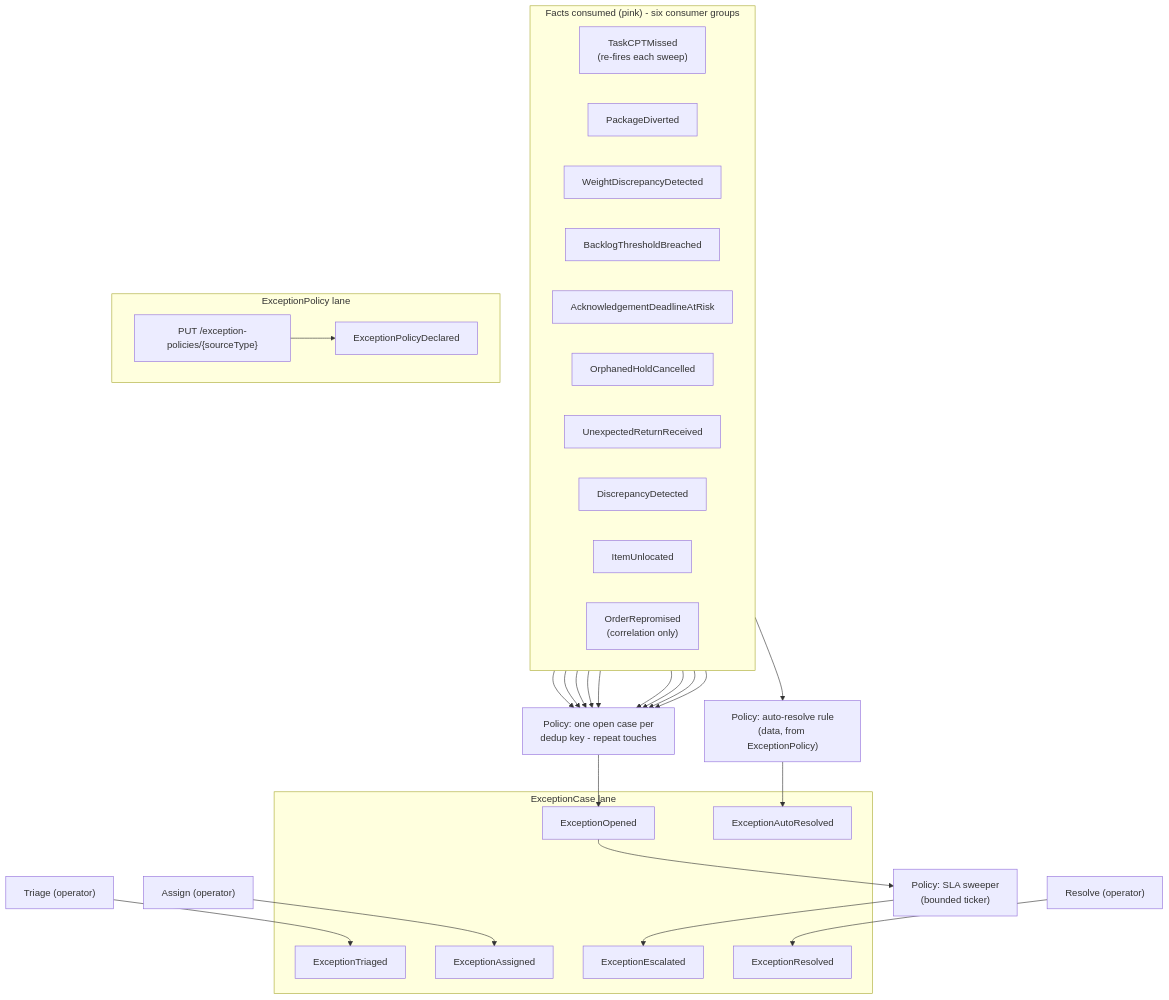
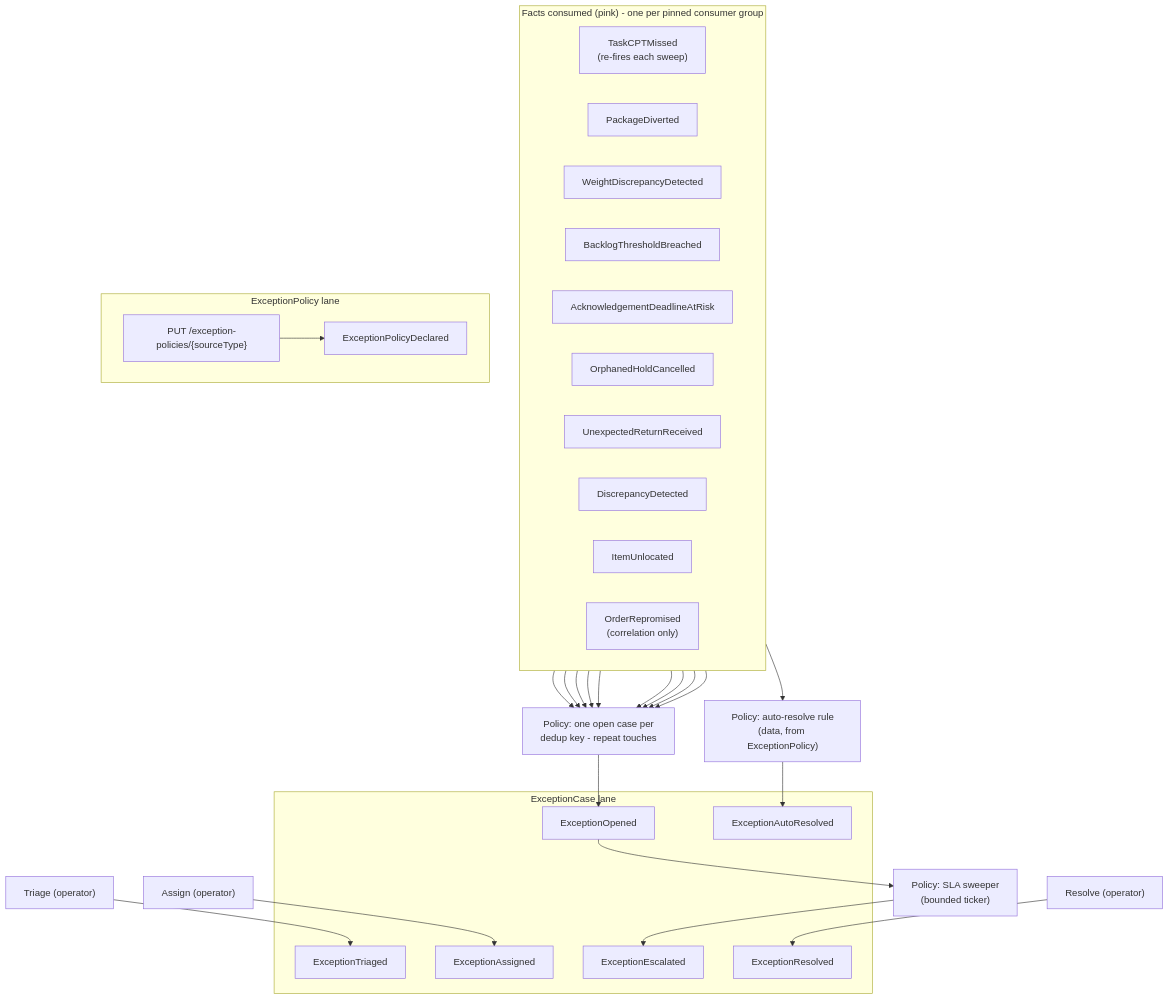
One commit to IQVO/exception-management changed the diagram in docs/docs/ddd/eventstorming.md. Above: the diagram before and after it, drawn with Mermaid. The commit also changed 20 other files, not shown here.

````diff
--- a/docs/docs/ddd/eventstorming.md
+++ b/docs/docs/ddd/eventstorming.md
@@ -16,57 +16,57 @@
 ```mermaid
 flowchart TB
-    subgraph SOURCES["Facts consumed (pink) - six consumer groups"]
+    subgraph SOURCES["Facts consumed (pink) - one per pinned consumer group"]
         direction LR
         F1["TaskCPTMissed<br/>(re-fires each sweep)"]
         F2["PackageDiverted"]
         F3["WeightDiscrepancyDetected"]
         F4["BacklogThresholdBreached"]
         F5["AcknowledgementDeadlineAtRisk"]
         F6["OrphanedHoldCancelled"]
         F7["UnexpectedReturnReceived"]
         F8["DiscrepancyDetected"]
         F9["ItemUnlocated"]
         R1["OrderRepromised<br/>(correlation only)"]
     end
 
     P1["Policy: one open case per<br/>dedup key - repeat touches"]
     P2["Policy: SLA sweeper<br/>(bounded ticker)"]
     P3["Policy: auto-resolve rule<br/>(data, from ExceptionPolicy)"]
 
     subgraph CASELANE["ExceptionCase lane"]
         E1["ExceptionOpened"]
         E2["ExceptionTriaged"]
         E3["ExceptionAssigned"]
         E4["ExceptionEscalated"]
         E5["ExceptionResolved"]
         E6["ExceptionAutoResolved"]
     end
 
     subgraph POLLANE["ExceptionPolicy lane"]
         C1["PUT /exception-policies/{sourceType}"]
         E7["ExceptionPolicyDeclared"]
     end
 
     T1["Triage (operator)"]
     T2["Assign (operator)"]
     T3["Resolve (operator)"]
 
     F1 --> P1
     F2 --> P1
     F3 --> P1
     F4 --> P1
     F5 --> P1
     F6 --> P1
     F7 --> P1
     F8 --> P1
     F9 --> P1
     P1 --> E1
     R1 --> P3
     P3 --> E6
     T1 --> E2
     T2 --> E3
     T3 --> E5
     P2 --> E4
     C1 --> E7
     E1 --> P2
 ```
````
